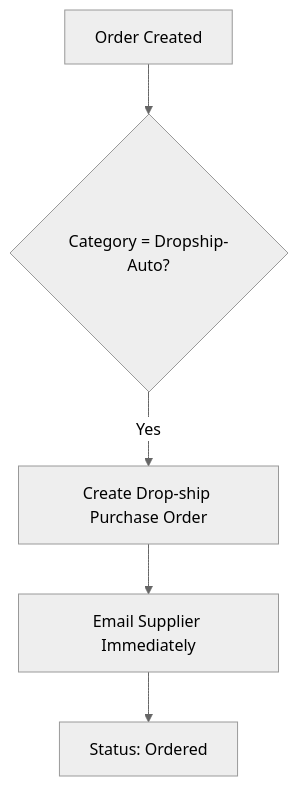
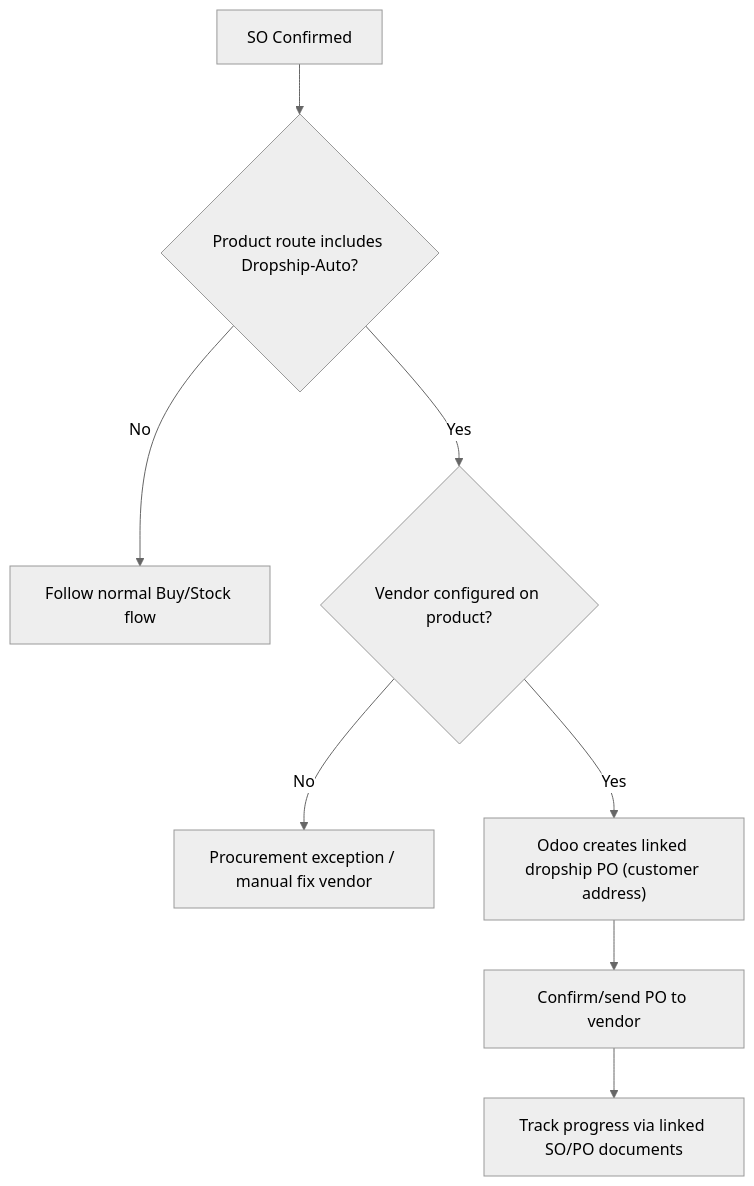
One commit to ozan-droid/documents changed the ninth of 15 diagrams in bp-automations.md. Above: the diagram before and after it, drawn with Mermaid (neutral theme). The commit also changed other lines of this file, not shown here.

````diff
--- a/bp-automations.md
+++ b/bp-automations.md
@@ -201,7 +233,10 @@
 ```mermaid
 graph TD
-    A["Order Created"] --> B{"Category = Dropship-Auto?"}
-    B -- Yes --> C["Create Drop-ship Purchase Order"]
-    C --> D["Email Supplier Immediately"]
-    D --> E["Status: Ordered"]
+    A["SO Confirmed"] --> B{"Product route includes Dropship-Auto?"}
+    B -- No --> C["Follow normal Buy/Stock flow"]
+    B -- Yes --> D{"Vendor configured on product?"}
+    D -- No --> E["Procurement exception / manual fix vendor"]
+    D -- Yes --> F["Odoo creates linked dropship PO (customer address)"]
+    F --> G["Confirm/send PO to vendor"]
+    G --> H["Track progress via linked SO/PO documents"]
 ```
````
